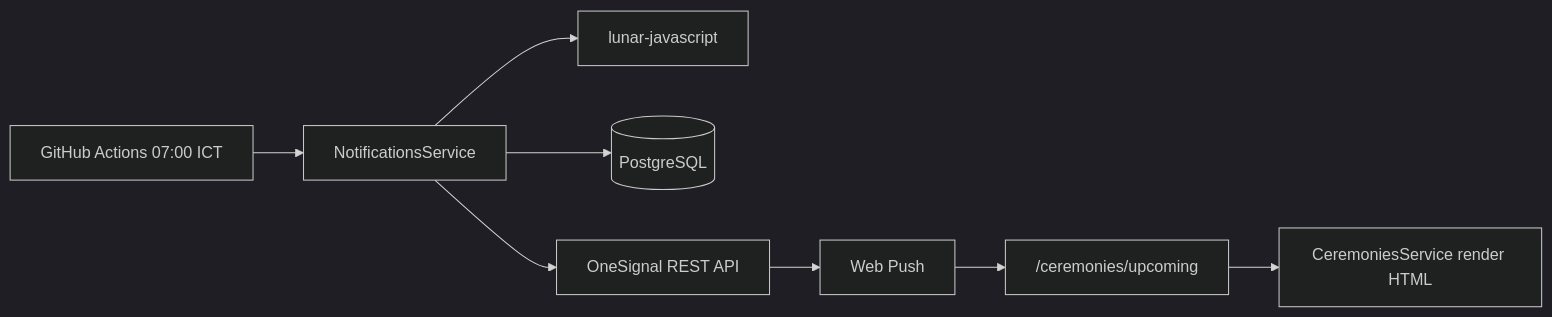
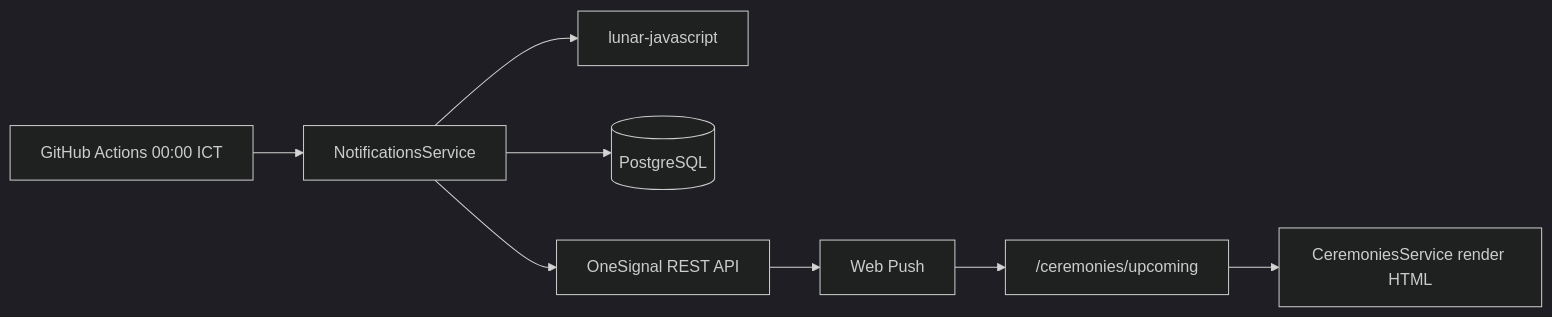
Before and after one commit to KPhamIT/gia-pha: the diagram in docs/notification-architecture.md, drawn with Mermaid (dark theme). The commit also changed other lines of this file and 20 other files, not shown here.

````diff
--- a/docs/notification-architecture.md
+++ b/docs/notification-architecture.md
@@ -7,10 +7,10 @@
 ```mermaid
 flowchart LR
-  Cron["GitHub Actions 07:00 ICT"] --> Service["NotificationsService"]
+  Cron["GitHub Actions 00:00 ICT"] --> Service["NotificationsService"]
   Service --> Lunar["lunar-javascript"]
   Service --> DB[(PostgreSQL)]
   Service --> OS["OneSignal REST API"]
   OS --> Browser["Web Push"]
   Browser --> FE["/ceremonies/upcoming"]
   FE --> Ceremony["CeremoniesService render HTML"]
 ```
````
